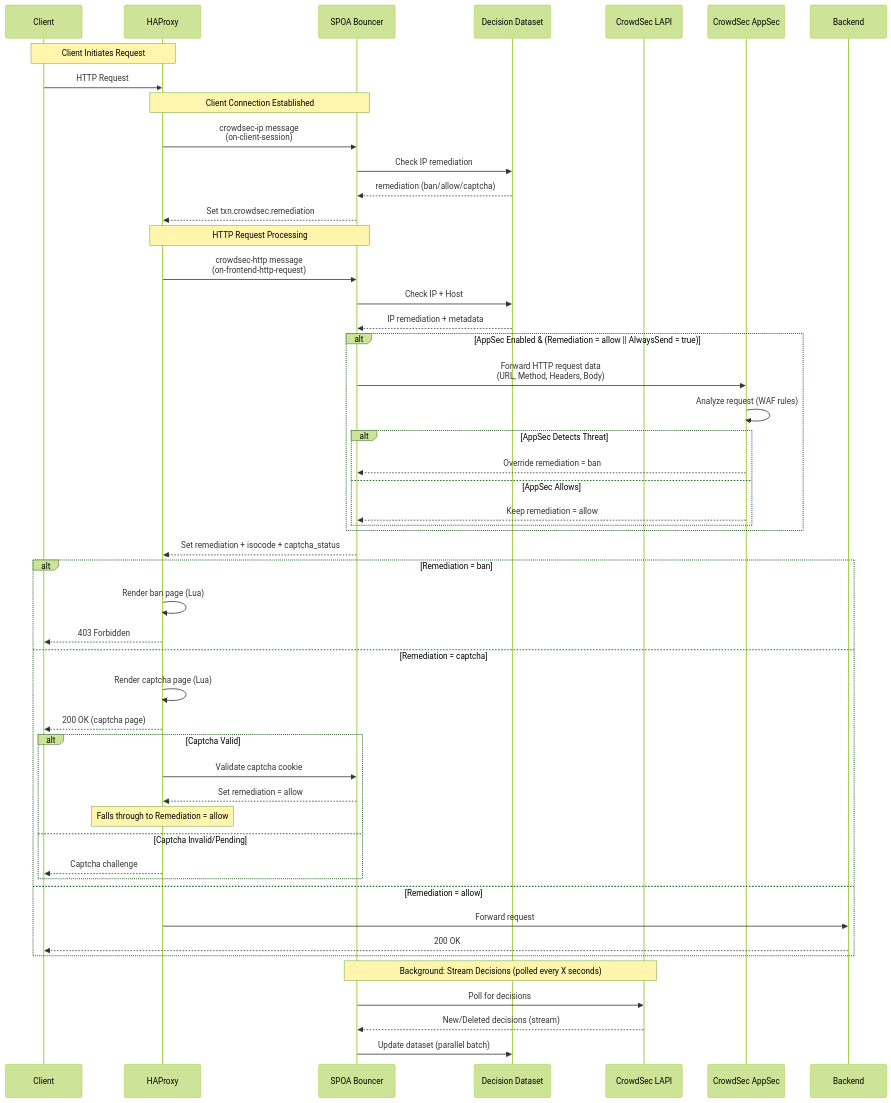
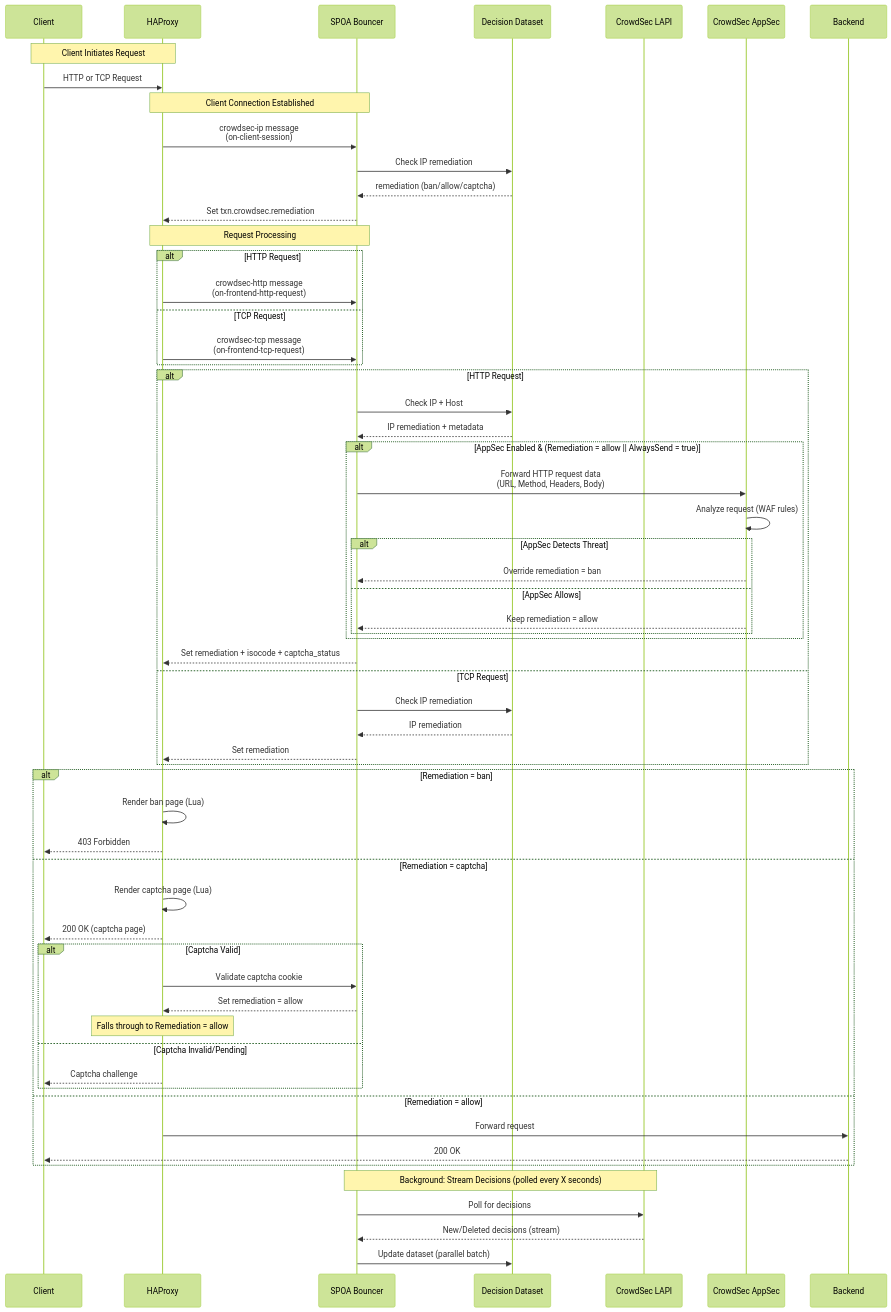
Before and after one commit to crowdsecurity/cs-haproxy-spoa-bouncer: the diagram in README.md, drawn with Mermaid (forest theme).

Commit message:
docs: show support for both HTTP and TCP requests in flow diagram
- Update initial request to show HTTP or TCP
- Add conditional branches for HTTP vs TCP processing
- Show different message types (crowdsec-http vs crowdsec-tcp)
- Show different response handling for TCP (connection close vs forward)
- AppSec only applies to HTTP requests

````diff
--- a/README.md
+++ b/README.md
@@ -22,59 +22,69 @@
 ```mermaid
 sequenceDiagram
     participant Client
     participant HAProxy
     participant SPOA as SPOA Bouncer
     participant Dataset as Decision Dataset
     participant CrowdSec as CrowdSec LAPI
     participant AppSec as CrowdSec AppSec
     participant Backend
 
     Note over Client,HAProxy: Client Initiates Request
-    Client->>HAProxy: HTTP Request
+    Client->>HAProxy: HTTP or TCP Request
     
     Note over HAProxy,SPOA: Client Connection Established
     HAProxy->>SPOA: crowdsec-ip message<br/>(on-client-session)
     SPOA->>Dataset: Check IP remediation
     Dataset-->>SPOA: remediation (ban/allow/captcha)
     SPOA-->>HAProxy: Set txn.crowdsec.remediation
     
-    Note over HAProxy,SPOA: HTTP Request Processing
-    HAProxy->>SPOA: crowdsec-http message<br/>(on-frontend-http-request)
-    SPOA->>Dataset: Check IP + Host
-    Dataset-->>SPOA: IP remediation + metadata
-    
-    alt AppSec Enabled & (Remediation = allow || AlwaysSend = true)
-        SPOA->>AppSec: Forward HTTP request data<br/>(URL, Method, Headers, Body)
-        AppSec->>AppSec: Analyze request (WAF rules)
-        alt AppSec Detects Threat
-            AppSec-->>SPOA: Override remediation = ban
-        else AppSec Allows
-            AppSec-->>SPOA: Keep remediation = allow
+    Note over HAProxy,SPOA: Request Processing
+    alt HTTP Request
+        HAProxy->>SPOA: crowdsec-http message<br/>(on-frontend-http-request)
+    else TCP Request
+        HAProxy->>SPOA: crowdsec-tcp message<br/>(on-frontend-tcp-request)
+    end
+    alt HTTP Request
+        SPOA->>Dataset: Check IP + Host
+        Dataset-->>SPOA: IP remediation + metadata
+        
+        alt AppSec Enabled & (Remediation = allow || AlwaysSend = true)
+            SPOA->>AppSec: Forward HTTP request data<br/>(URL, Method, Headers, Body)
+            AppSec->>AppSec: Analyze request (WAF rules)
+            alt AppSec Detects Threat
+                AppSec-->>SPOA: Override remediation = ban
+            else AppSec Allows
+                AppSec-->>SPOA: Keep remediation = allow
+            end
         end
+        
+        SPOA-->>HAProxy: Set remediation + isocode + captcha_status
+    else TCP Request
+        SPOA->>Dataset: Check IP remediation
+        Dataset-->>SPOA: IP remediation
+        SPOA-->>HAProxy: Set remediation
     end
-    
-    SPOA-->>HAProxy: Set remediation + isocode + captcha_status
     
     alt Remediation = ban
         HAProxy->>HAProxy: Render ban page (Lua)
         HAProxy-->>Client: 403 Forbidden
     else Remediation = captcha
         HAProxy->>HAProxy: Render captcha page (Lua)
         HAProxy-->>Client: 200 OK (captcha page)
         alt Captcha Valid
             HAProxy->>SPOA: Validate captcha cookie
             SPOA-->>HAProxy: Set remediation = allow
             Note over HAProxy: Falls through to Remediation = allow
         else Captcha Invalid/Pending
             HAProxy-->>Client: Captcha challenge
         end
     else Remediation = allow
         HAProxy->>Backend: Forward request
         Backend-->>Client: 200 OK
     end
     
     Note over SPOA,CrowdSec: Background: Stream Decisions (polled every X seconds)
     SPOA->>CrowdSec: Poll for decisions
     CrowdSec-->>SPOA: New/Deleted decisions (stream)
     SPOA->>Dataset: Update dataset (parallel batch)
 ```
````
